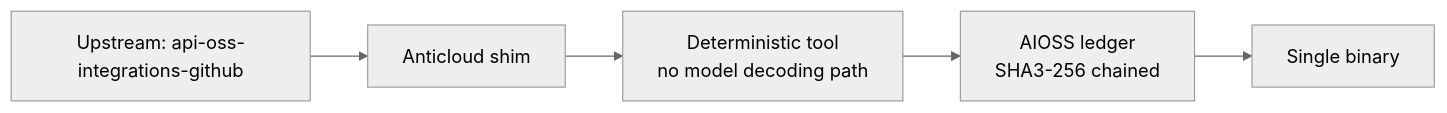
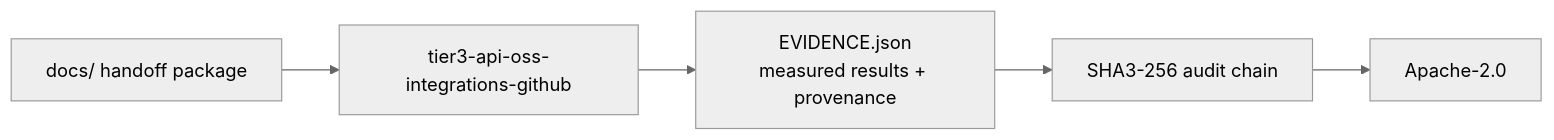
Before and after one commit to the-anticloud/tier3-api-oss-integrations-github: the diagram in README.md, drawn with Mermaid (neutral theme). The commit also changed other lines of this file and 10 other files, not shown here.

````diff
--- a/README.md
+++ b/README.md
@@ -11,7 +22,7 @@
 ```mermaid
 graph LR
-    U[Upstream: api-oss-integrations-github] --> S[Anticloud shim]
-    S --> T[Deterministic tool<br/>no model decoding path]
-    T --> A[AIOSS ledger<br/>SHA3-256 chained]
-    A --> B[Single binary]
+    D[docs/ handoff package] --> R[tier3-api-oss-integrations-github]
+    R --> E[EVIDENCE.json\nmeasured results + provenance]
+    E --> A[SHA3-256 audit chain]
+    A --> L[Apache-2.0]
 ```
````
